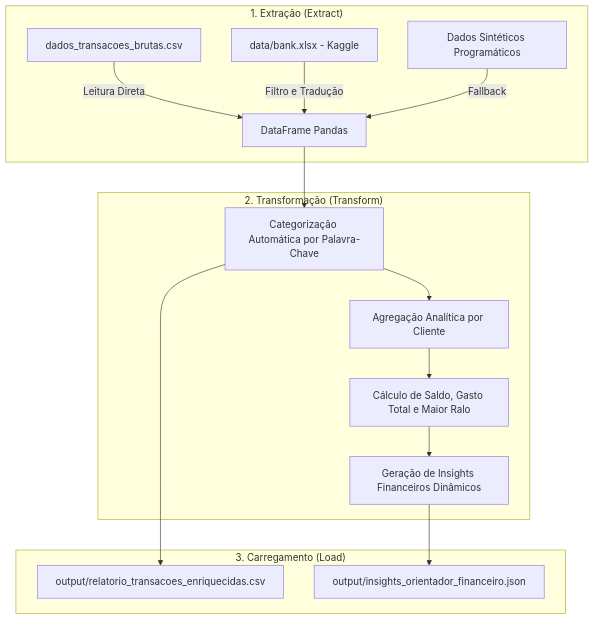
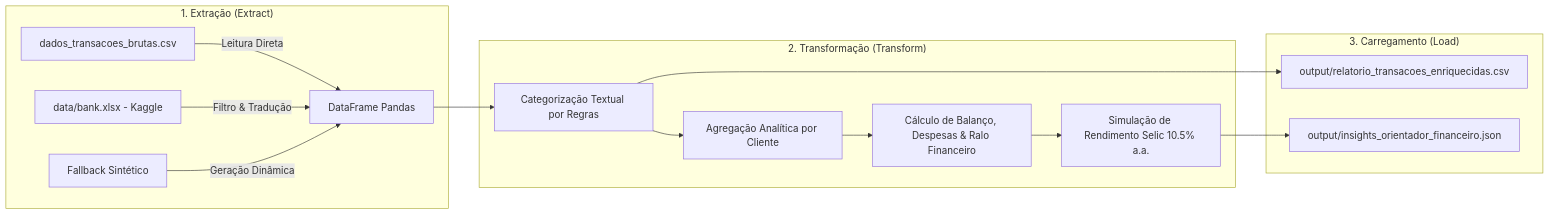
The diagram in README.md (lucenfort/etl-financial-advisor), drawn with Mermaid before and after one commit. The commit also changed other lines of this file and 2 other files, not shown here.

````diff
--- a/README.md
+++ b/README.md
@@ -15,18 +18,18 @@
 ```mermaid
-graph TD
+graph LR
     subgraph extract ["1. Extração (Extract)"]
         A1[dados_transacoes_brutas.csv] -->|Leitura Direta| B[DataFrame Pandas]
-        A2[data/bank.xlsx - Kaggle] -->|Filtro e Tradução| B
-        A3[Dados Sintéticos Programáticos] -->|Fallback| B
+        A2[data/bank.xlsx - Kaggle] -->|Filtro & Tradução| B
+        A3[Fallback Sintético] -->|Geração Dinâmica| B
     end
     subgraph transform ["2. Transformação (Transform)"]
-        B --> C[Categorização Automática por Palavra-Chave]
+        B --> C[Categorização Textual por Regras]
         C --> D[Agregação Analítica por Cliente]
-        D --> E[Cálculo de Saldo, Gasto Total e Maior Ralo]
-        E --> F[Geração de Insights Financeiros Dinâmicos]
+        D --> E[Cálculo de Balanço, Despesas & Ralo Financeiro]
+        E --> F[Simulação de Rendimento Selic 10.5% a.a.]
     end
     subgraph load ["3. Carregamento (Load)"]
         C --> G[output/relatorio_transacoes_enriquecidas.csv]
         F --> H[output/insights_orientador_financeiro.json]
     end
 ```
````
